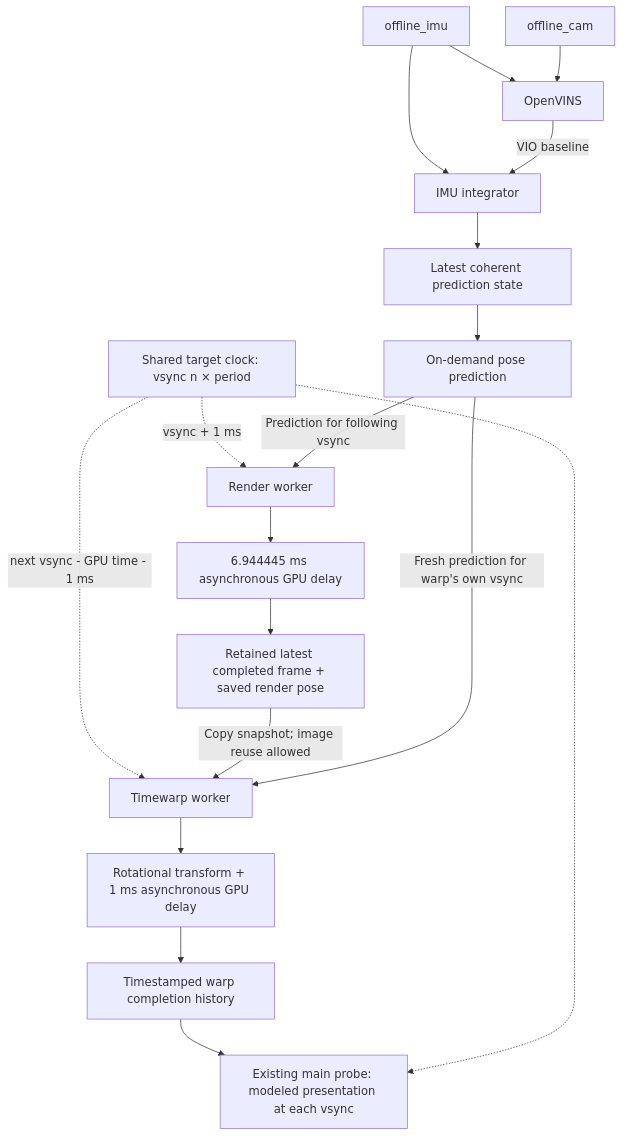
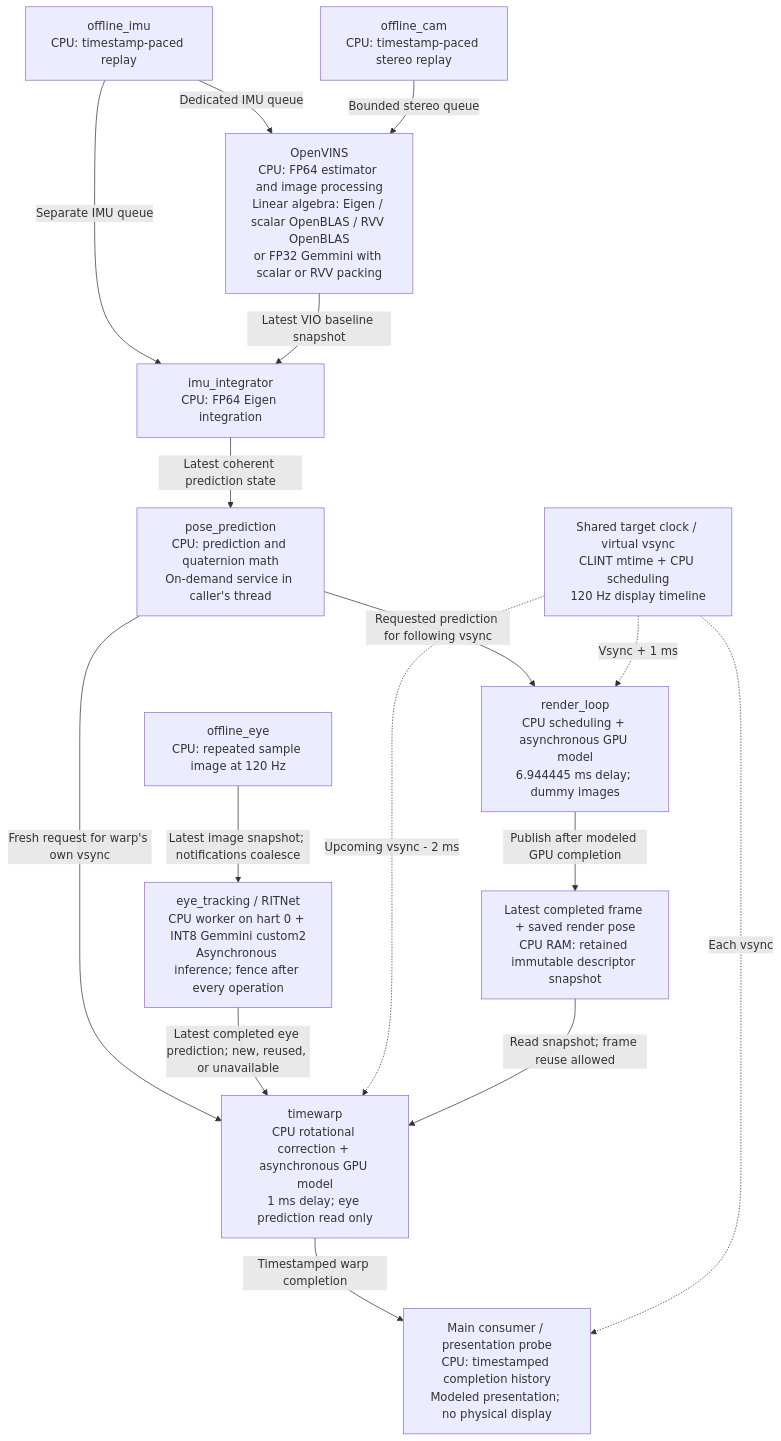
The diagram in docs/gpu-pipeline.md (pcg108/illixr-rtos), drawn with Mermaid before and after one commit. The commit also changed other lines of this file and 15 other files, not shown here.

````diff
--- a/docs/gpu-pipeline.md
+++ b/docs/gpu-pipeline.md
@@ -7,20 +7,31 @@
 ```mermaid
 flowchart TD
-    IMU[offline_imu] --> VIO[OpenVINS]
-    CAM[offline_cam] --> VIO
-    IMU --> INT[IMU integrator]
-    VIO -->|VIO baseline| INT
-    INT --> STATE[Latest coherent prediction state]
-    STATE --> PP[On-demand pose prediction]
-    CLOCK[Shared target clock: vsync n × period] -.->|vsync + 1 ms| R[Render worker]
-    CLOCK -.->|next vsync - GPU time - 1 ms| W[Timewarp worker]
-    PP -->|Prediction for following vsync| R
-    R --> RG[6.944445 ms asynchronous GPU delay]
-    RG --> F[Retained latest completed frame + saved render pose]
-    F -->|Copy snapshot; image reuse allowed| W
-    PP -->|Fresh prediction for warp's own vsync| W
-    W --> WG[Rotational transform + 1 ms asynchronous GPU delay]
-    WG --> H[Timestamped warp completion history]
-    H --> D[Existing main probe: modeled presentation at each vsync]
-    CLOCK -.-> D
+    IMU["offline_imu<br/>CPU: timestamp-paced replay"]
+    CAM["offline_cam<br/>CPU: timestamp-paced stereo replay"]
+    VIO["OpenVINS<br/>CPU: FP64 estimator and image processing<br/>Linear algebra: Eigen / scalar OpenBLAS / RVV OpenBLAS<br/>or FP32 Gemmini with scalar or RVV packing"]
+    INT["imu_integrator<br/>CPU: FP64 Eigen integration"]
+    PP["pose_prediction<br/>CPU: prediction and quaternion math<br/>On-demand service in caller's thread"]
+    EYE["offline_eye<br/>CPU: repeated sample image at 120 Hz"]
+    ET["eye_tracking / RITNet<br/>CPU worker on hart 0 + INT8 Gemmini custom2<br/>Asynchronous inference; fence after every operation"]
+    CLOCK["Shared target clock / virtual vsync<br/>CLINT mtime + CPU scheduling<br/>120 Hz display timeline"]
+    R["render_loop<br/>CPU scheduling + asynchronous GPU model<br/>6.944445 ms delay; dummy images"]
+    FRAME["Latest completed frame + saved render pose<br/>CPU RAM: retained immutable descriptor snapshot"]
+    W["timewarp<br/>CPU rotational correction + asynchronous GPU model<br/>1 ms delay; eye prediction read only"]
+    D["Main consumer / presentation probe<br/>CPU: timestamped completion history<br/>Modeled presentation; no physical display"]
+
+    IMU -->|Dedicated IMU queue| VIO
+    CAM -->|Bounded stereo queue| VIO
+    IMU -->|Separate IMU queue| INT
+    VIO -->|Latest VIO baseline snapshot| INT
+    INT -->|Latest coherent prediction state| PP
+    PP -->|Requested prediction for following vsync| R
+    PP -->|Fresh request for warp's own vsync| W
+    EYE -->|Latest image snapshot; notifications coalesce| ET
+    ET -->|Latest completed eye prediction; new, reused, or unavailable| W
+    CLOCK -.->|Vsync + 1 ms| R
+    CLOCK -.->|Upcoming vsync - 2 ms| W
+    R -->|Publish after modeled GPU completion| FRAME
+    FRAME -->|Read snapshot; frame reuse allowed| W
+    W -->|Timestamped warp completion| D
+    CLOCK -.->|Each vsync| D
 ```
````
